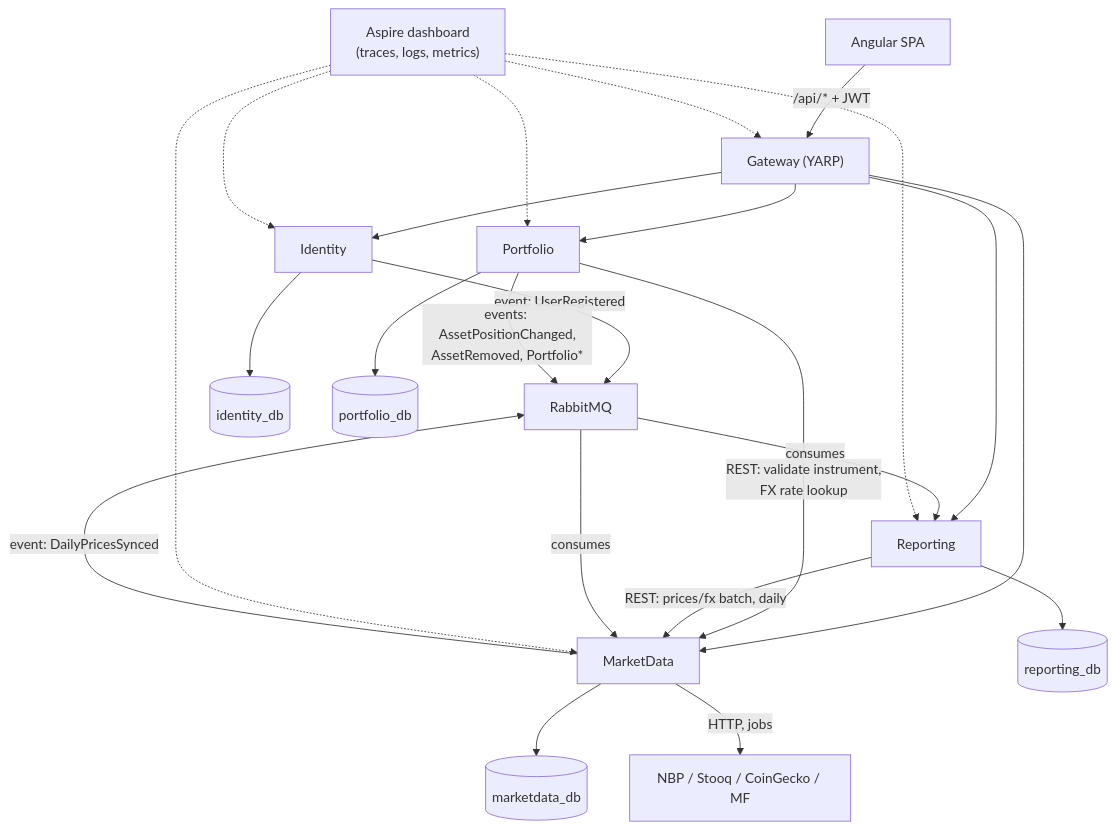
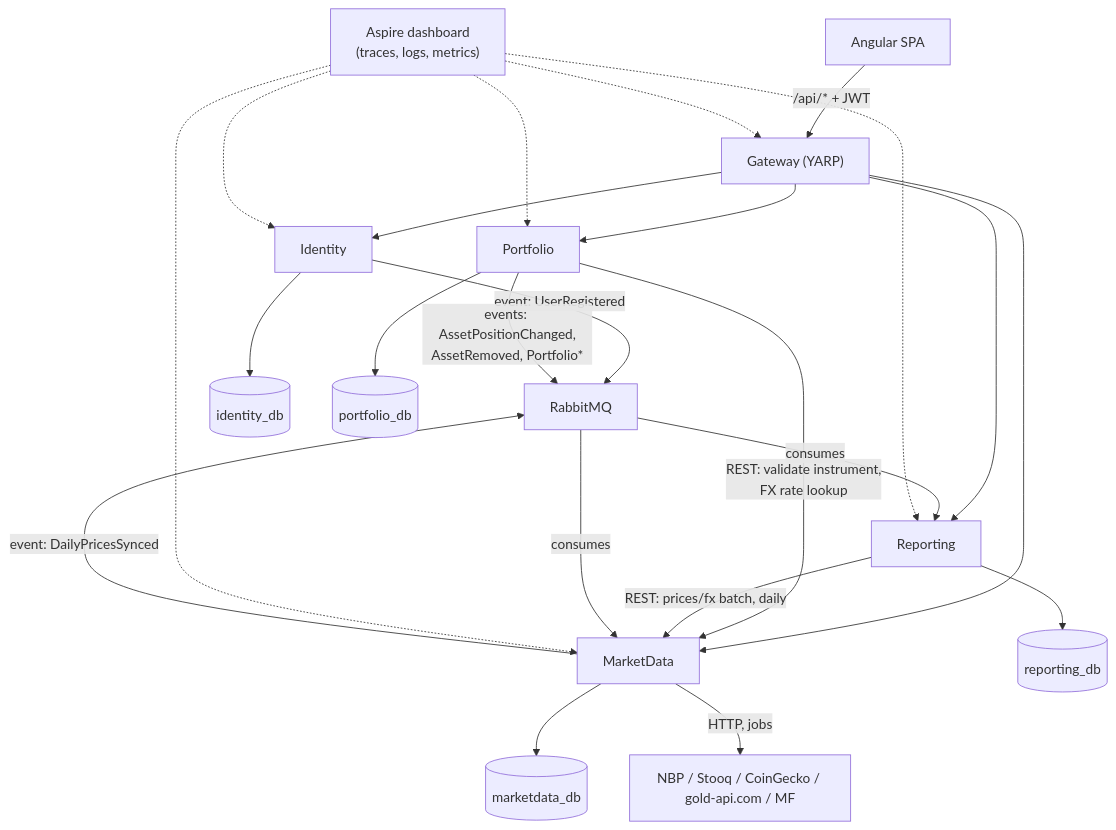
One commit to Maliniak93/FinMel changed the second of 6 diagrams in skarbiec-plan/architecture.md. Above: the diagram before and after it, drawn with Mermaid. The commit also changed other lines of this file and 45 other files, not shown here.

First line of the commit message:
Precious metals: prices from gold-api.com (#203)

````diff
--- a/skarbiec-plan/architecture.md
+++ b/skarbiec-plan/architecture.md
@@ -78,27 +80,27 @@
 ```mermaid
 flowchart TB
     SPA["Angular SPA"] -->|"/api/* + JWT"| GW["Gateway (YARP)"]
     GW --> ID["Identity"]
     GW --> PF["Portfolio"]
     GW --> MD["MarketData"]
     GW --> RP["Reporting"]
 
     PF -->|"REST: validate instrument,<br/>FX rate lookup"| MD
     RP -->|"REST: prices/fx batch, daily"| MD
 
     ID -->|"event: UserRegistered"| MQ["RabbitMQ"]
     PF -->|"events: AssetPositionChanged,<br/>AssetRemoved, Portfolio*"| MQ
     MD -->|"event: DailyPricesSynced"| MQ
     MQ -->|consumes| MD
     MQ -->|consumes| RP
 
     ID --> IDB[("identity_db")]
     PF --> PDB[("portfolio_db")]
     MD --> MDB[("marketdata_db")]
     RP --> RDB[("reporting_db")]
 
-    MD -->|"HTTP, jobs"| EXT["NBP / Stooq / CoinGecko / MF"]
+    MD -->|"HTTP, jobs"| EXT["NBP / Stooq / CoinGecko / gold-api.com / MF"]
 
     ASPIRE["Aspire dashboard<br/>(traces, logs, metrics)"]
     ASPIRE -.-> GW & ID & PF & MD & RP
 ```
````
